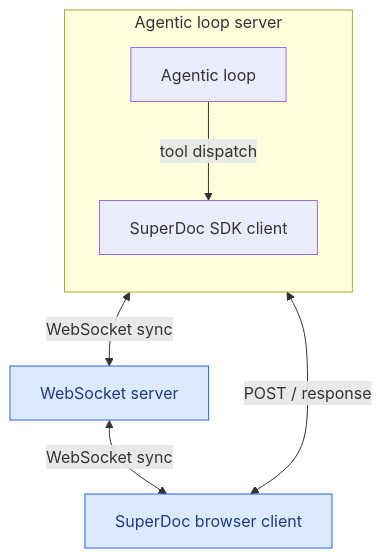
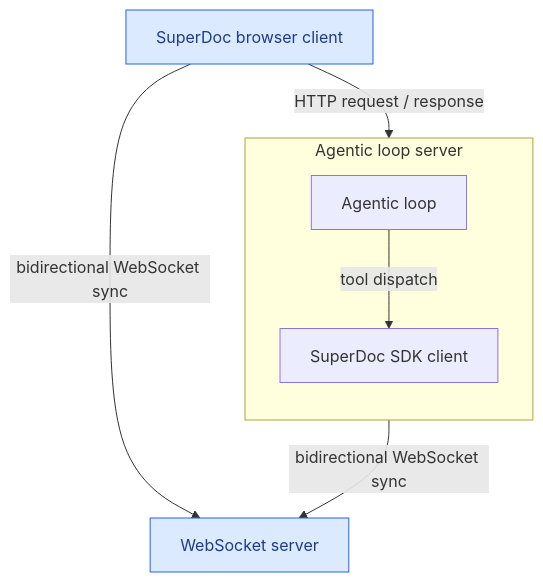
The diagram in README.md (mattConnHarbour/agent-harness-integration), drawn with Mermaid before and after one commit. The commit also changed 2 other files, not shown here.

Commit message:
place browser client first in architecture diagram

````diff
--- a/README.md
+++ b/README.md
@@ -7,20 +7,20 @@
 ```mermaid
 flowchart TD
   webapp[SuperDoc browser client]
 
   subgraph server[Agentic loop server]
     direction TB
     loop[Agentic loop]
     client[SuperDoc SDK client]
     loop -->|tool dispatch| client
   end
 
   ws[WebSocket server]
 
-  webapp <-->|POST / response| loop
-  client <-->|WebSocket sync| ws
-  ws <-->|WebSocket sync| webapp
+  webapp -->|HTTP request / response| loop
+  client -->|bidirectional WebSocket sync| ws
+  webapp -->|bidirectional WebSocket sync| ws
 
   classDef blue fill:#dbeafe,stroke:#2563eb,color:#1e3a8a
   class webapp,ws blue
 ```
````
